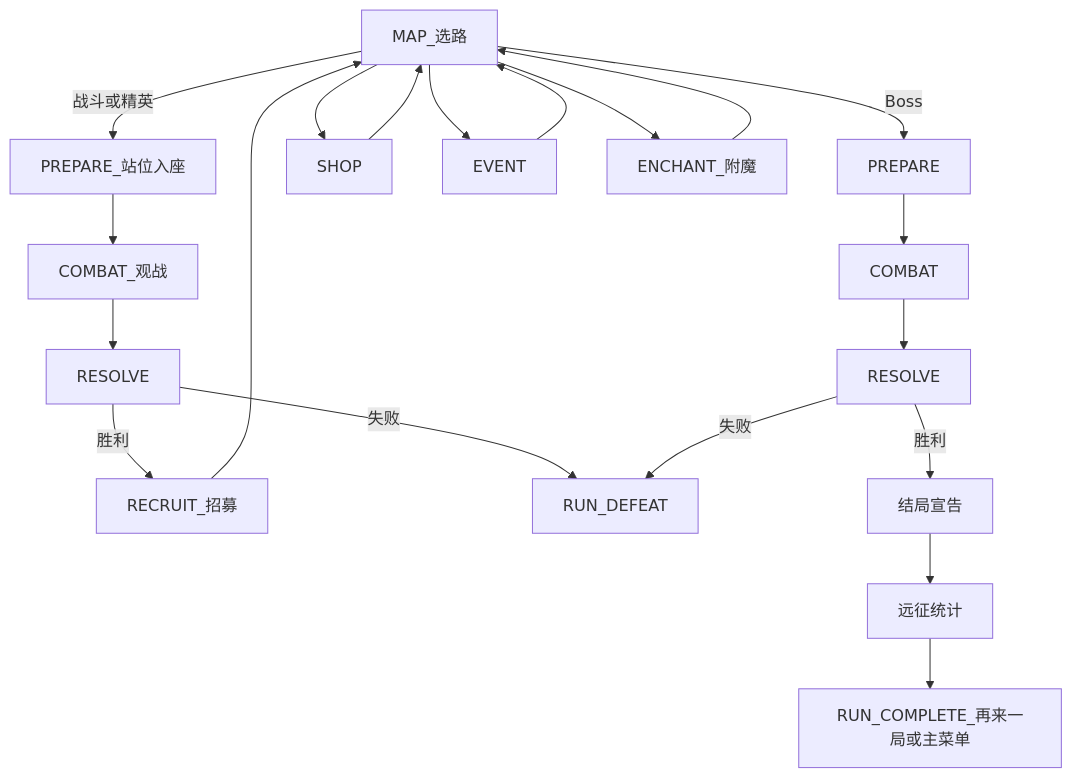
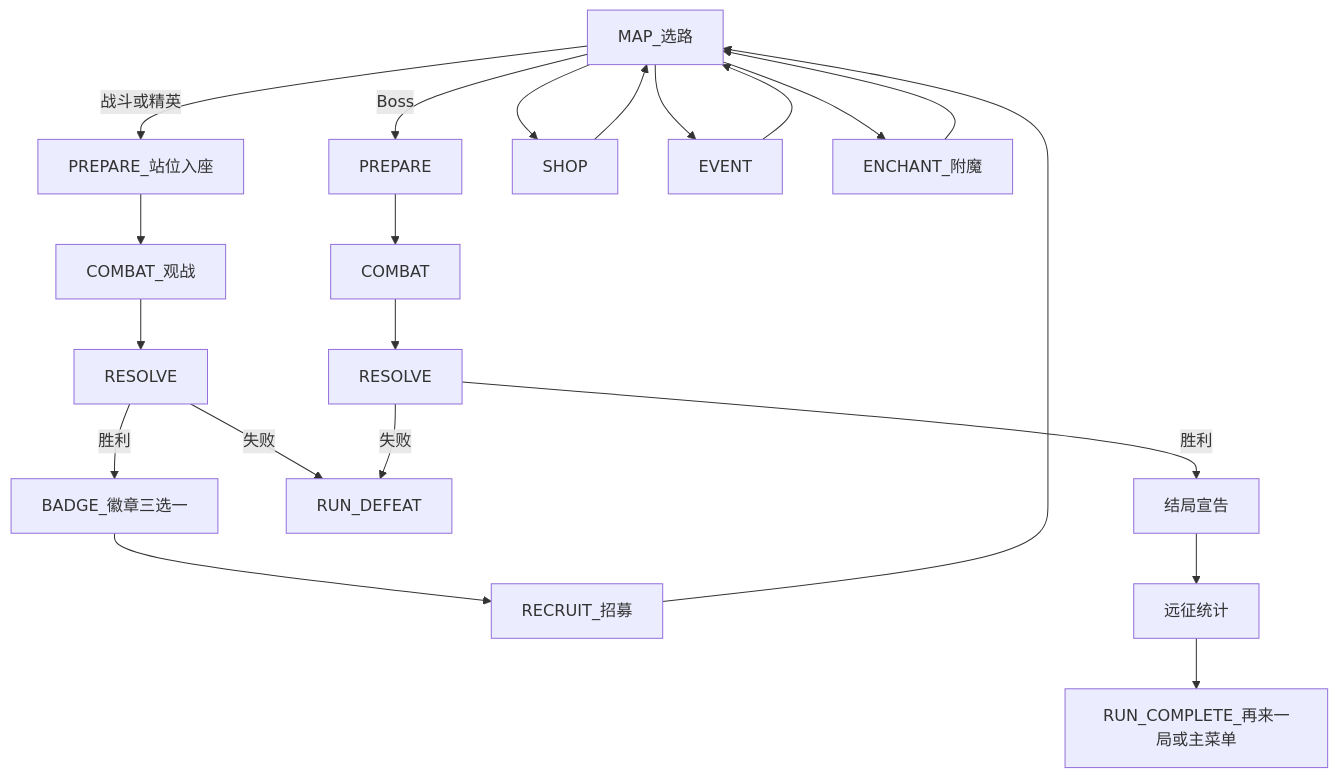
The diagram in Documents/GAME_VISION.md (Kanerickyz/project-autochess), drawn with Mermaid before and after one commit. The commit also changed other lines of this file and 7 other files, not shown here.

````diff
--- a/Documents/GAME_VISION.md
+++ b/Documents/GAME_VISION.md
@@ -123,14 +125,14 @@
 ```mermaid
 flowchart TD
     Map[MAP_选路] -->|战斗或精英| Prep[PREPARE_站位入座] --> Combat[COMBAT_观战] --> Resolve[RESOLVE]
-    Resolve -->|胜利| Recruit[RECRUIT_招募] --> Map
+    Resolve -->|胜利| Badge[BADGE_徽章三选一] --> Recruit[RECRUIT_招募] --> Map
     Resolve -->|失败| RunDefeat[RUN_DEFEAT]
     Map -->|Boss| BossPrep[PREPARE] --> BossCombat[COMBAT] --> BossResolve[RESOLVE]
     BossResolve -->|胜利| RunResult[结局宣告]
     RunResult --> RunStats[远征统计]
     RunStats --> RunComplete[RUN_COMPLETE_再来一局或主菜单]
     BossResolve -->|失败| RunDefeat
     Map --> ShopNode[SHOP] --> Map
     Map --> Event[EVENT] --> Map
     Map --> Enchant[ENCHANT_附魔] --> Map
 ```
````
